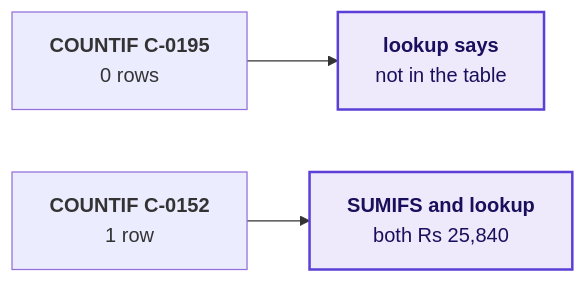
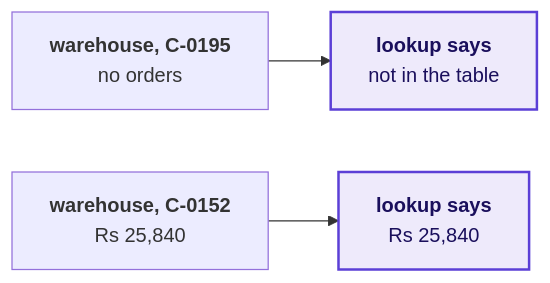
One commit to fde-academy-lab/c2-content-factory changed diagram 18 of 24 in content/W02/D5/slides/C2_W02_D05_half1_STUDENT.md. Above: the diagram before and after it, drawn with Mermaid. The commit also changed other lines of this file and 3 other files, not shown here.

````diff
--- a/content/W02/D5/slides/C2_W02_D05_half1_STUDENT.md
+++ b/content/W02/D5/slides/C2_W02_D05_half1_STUDENT.md
@@ -1058,7 +1080,7 @@
 ```mermaid
 flowchart LR
-    C1["<b>COUNTIF C-0195</b><br/>0 rows"] --> L1["<b>lookup says</b><br/>not in the table"]
-    C2["<b>COUNTIF C-0152</b><br/>1 row"] --> L2["<b>SUMIFS and lookup</b><br/>both Rs 25,840"]
+    C1["<b>warehouse, C-0195</b><br/>no orders"] --> L1["<b>lookup says</b><br/>not in the table"]
+    C2["<b>warehouse, C-0152</b><br/>Rs 25,840"] --> L2["<b>lookup says</b><br/>Rs 25,840"]
     classDef known fill:#EEEAFB,stroke:#5B3FD6,color:#1A0F5C,stroke-width:2px
     class L1,L2 known
 ```
````
